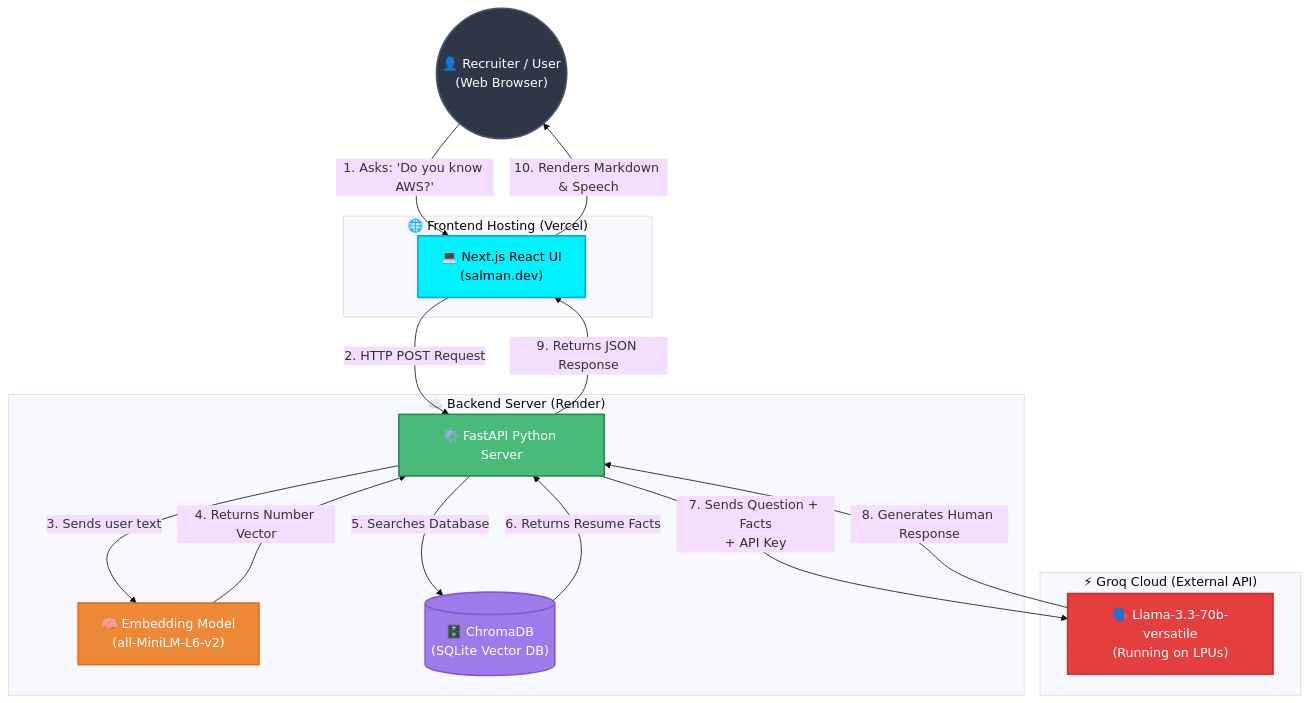
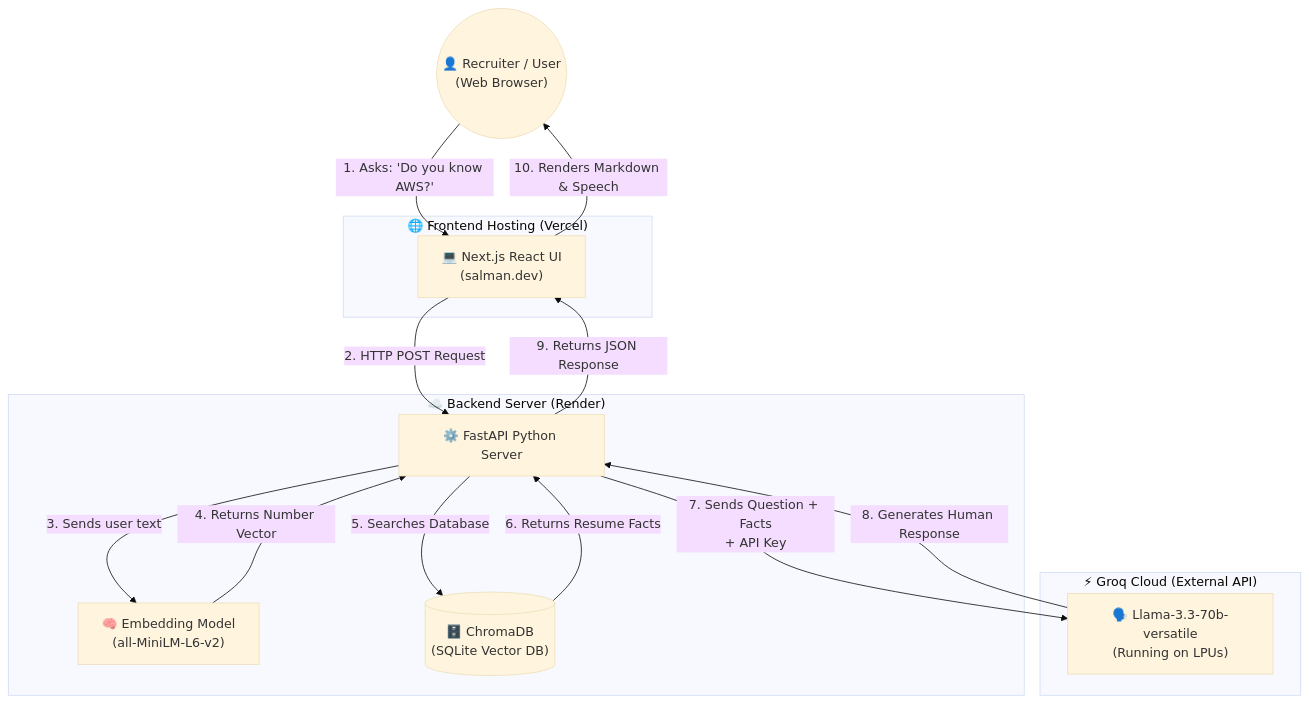
Before and after one commit to msalmansaeedch786/digital-twin: the diagram in README.md, drawn with Mermaid (base theme).

Commit message:
Fix mermaid diagram formatting

````diff
--- a/README.md
+++ b/README.md
@@ -55,39 +55,31 @@
 ```mermaid
 flowchart TD
-    %% Define Styles
-    classDef user fill:#2d3748,stroke:#4a5568,stroke-width:2px,color:#fff
-    classDef frontend fill:#00f2fe,stroke:#00a3ff,stroke-width:2px,color:#000
-    classDef backend fill:#48bb78,stroke:#2f855a,stroke-width:2px,color:#fff
-    classDef model fill:#ed8936,stroke:#dd6b20,stroke-width:2px,color:#fff
-    classDef db fill:#9f7aea,stroke:#805ad5,stroke-width:2px,color:#fff
-    classDef external fill:#e53e3e,stroke:#c53030,stroke-width:2px,color:#fff
-
     %% Components
-    User(("👤 Recruiter / User\n(Web Browser)")):::user
+    User(("👤 Recruiter / User<br/>(Web Browser)"))
     
     subgraph Vercel ["🌐 Frontend Hosting (Vercel)"]
-        UI["💻 Next.js React UI\n(salman.dev)"]:::frontend
+        UI["💻 Next.js React UI<br/>(salman.dev)"]
     end
     
     subgraph Render ["☁️ Backend Server (Render)"]
-        API["⚙️ FastAPI Python Server"]:::backend
-        EmbedModel["🧠 Embedding Model\n(all-MiniLM-L6-v2)"]:::model
-        DB[("🗄️ ChromaDB\n(SQLite Vector DB)")]:::db
+        API["⚙️ FastAPI Python Server"]
+        EmbedModel["🧠 Embedding Model<br/>(all-MiniLM-L6-v2)"]
+        DB[("🗄️ ChromaDB<br/>(SQLite Vector DB)")]
     end
     
     subgraph GroqCloud ["⚡ Groq Cloud (External API)"]
-        LLM["🗣️ Llama-3.3-70b-versatile\n(Running on LPUs)"]:::external
+        LLM["🗣️ Llama-3.3-70b-versatile<br/>(Running on LPUs)"]
     end
 
     %% Workflow Steps
     User -- "1. Asks: 'Do you know AWS?'" --> UI
     UI -- "2. HTTP POST Request" --> API
     API -- "3. Sends user text" --> EmbedModel
     EmbedModel -- "4. Returns Number Vector" --> API
     API -- "5. Searches Database" --> DB
     DB -- "6. Returns Resume Facts" --> API
-    API -- "7. Sends Question + Facts\n+ API Key" --> LLM
+    API -- "7. Sends Question + Facts<br/>+ API Key" --> LLM
     LLM -- "8. Generates Human Response" --> API
     API -- "9. Returns JSON Response" --> UI
     UI -- "10. Renders Markdown & Speech" --> User
 ```
````
